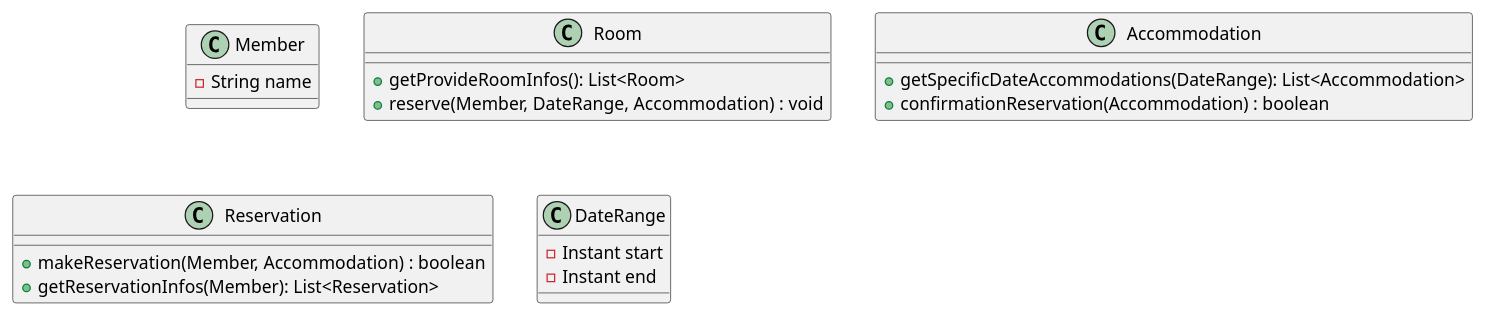
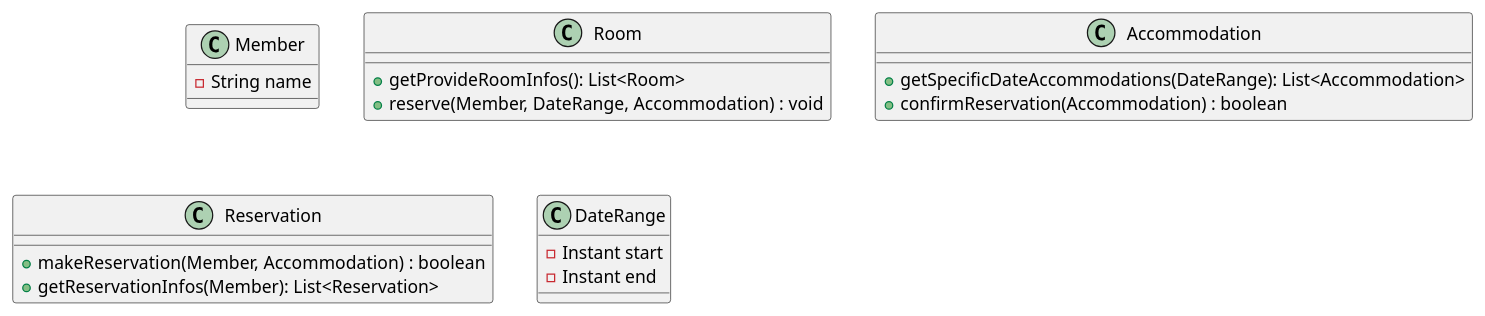
Before and after one commit to f-lab-edu/room-reservation-service: the diagram in class-diagram.puml, drawn with PlantUML.

Commit message:
fix: 동사로 메서드 이름 변경

```diff
--- a/class-diagram.puml
+++ b/class-diagram.puml
@@ -1,26 +1,26 @@
 @startuml
 class Member {
   -String name
 }
 
 class Room {
   +getProvideRoomInfos(): List<Room>
   +reserve(Member, DateRange, Accommodation) : void
 }
 
 class Accommodation {
   +getSpecificDateAccommodations(DateRange): List<Accommodation>
-  +confirmationReservation(Accommodation) : boolean
+  +confirmReservation(Accommodation) : boolean
 }
 
 class Reservation {
   +makeReservation(Member, Accommodation) : boolean
   +getReservationInfos(Member): List<Reservation>
 }
 
 class DateRange {
   -Instant start
   -Instant end
 }
 
 @enduml
```
